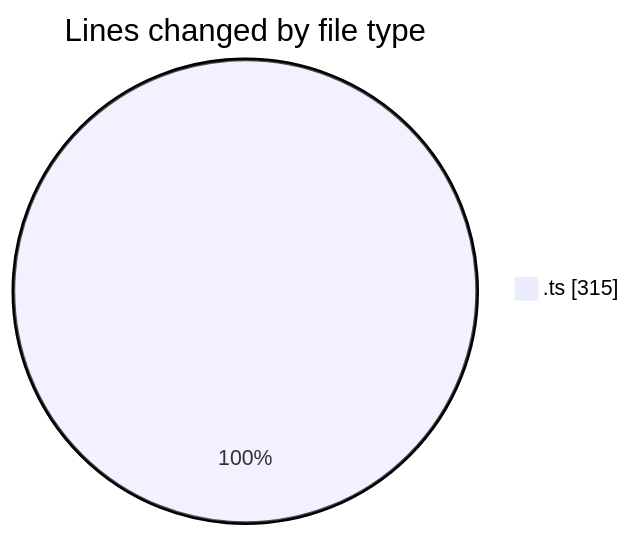
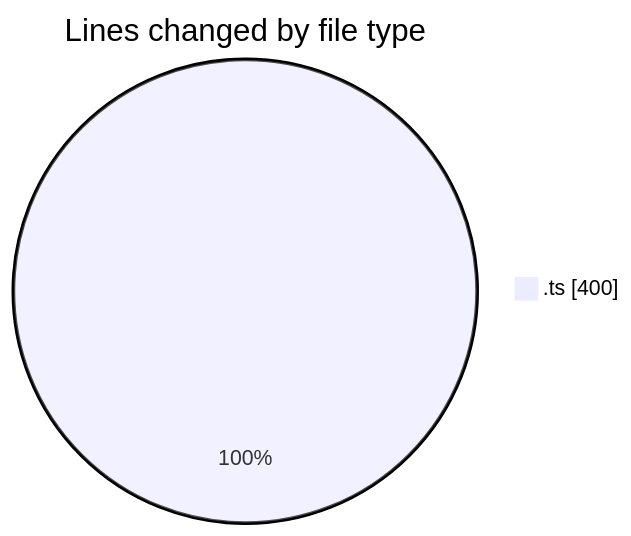
One commit to momahboobian/code-tracking changed the first of 2 diagrams in 2025-08-01/cda/README.md. Above: the diagram before and after it, drawn with Mermaid. The commit also changed other lines of this file and 1 other file, not shown here.

````diff
--- a/2025-08-01/cda/README.md
+++ b/2025-08-01/cda/README.md
@@ -20,5 +20,5 @@
 ```mermaid
 pie showData
 title Lines changed by file type
-".ts" : 315
+".ts" : 400
 ```
````
